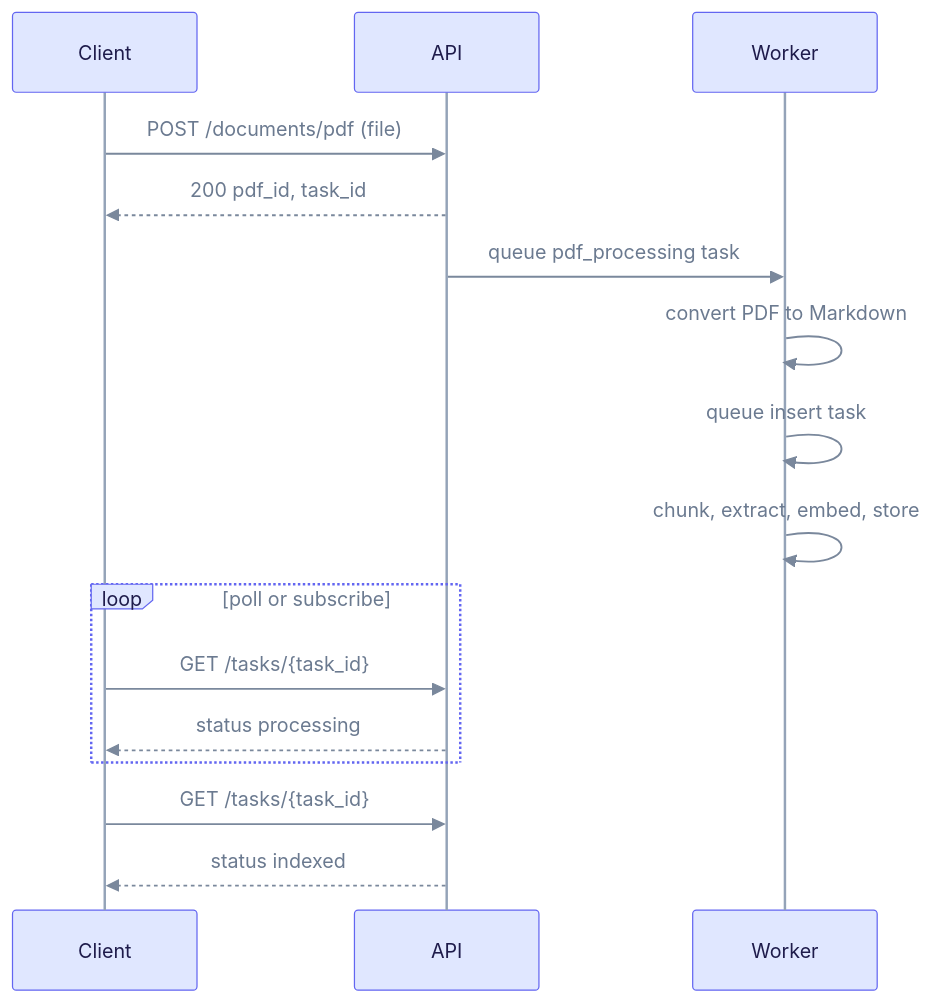
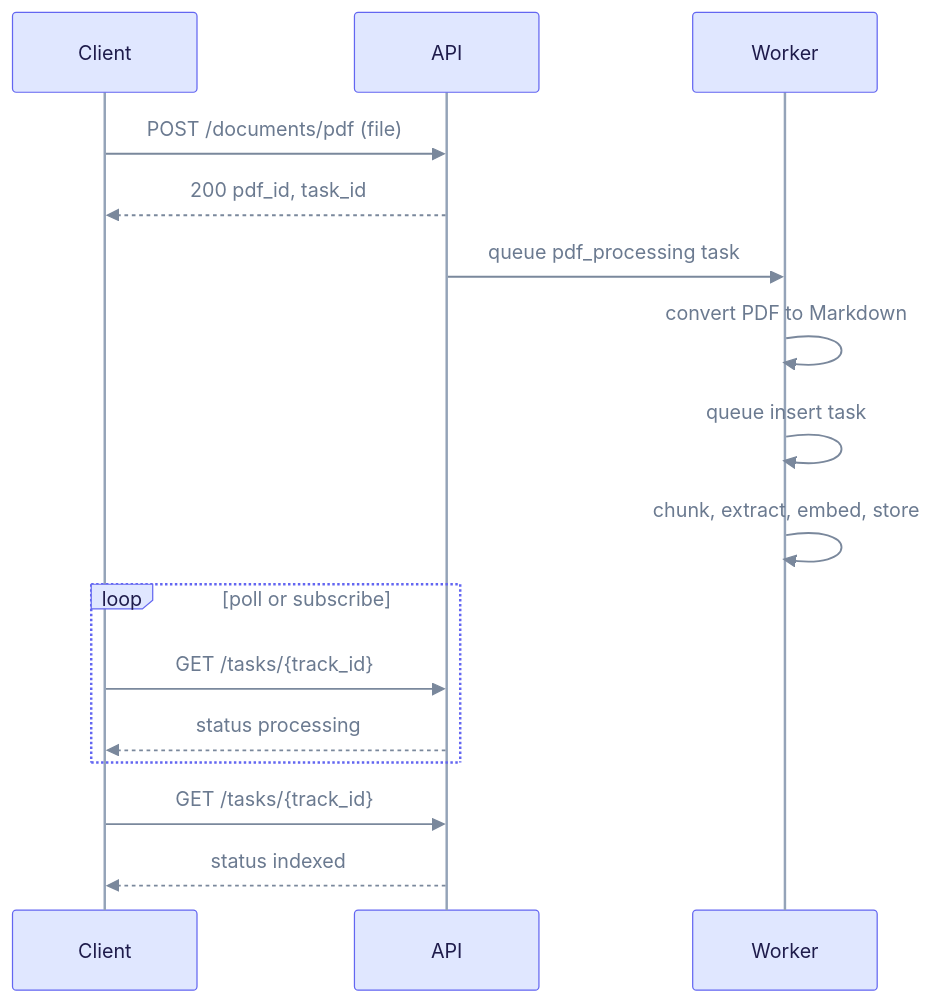
Before and after one commit to raphaelmansuy/edgequake: the second of 2 diagrams in docs/api-reference/document-upload-quick-reference.md, drawn with Mermaid. The commit also changed other lines of this file and 194 other files, not shown here.

First line of the commit message:
Refresh docs against code and rebuild schema E/R as progressive steps

````diff
--- a/docs/api-reference/document-upload-quick-reference.md
+++ b/docs/api-reference/document-upload-quick-reference.md
@@ -42,20 +44,20 @@
 ```mermaid
 %%{init: {"theme":"base","themeVariables":{"primaryColor":"#E0E7FF","primaryBorderColor":"#6366F1","primaryTextColor":"#1E1B4B","secondaryColor":"#D1FAE5","secondaryBorderColor":"#10B981","secondaryTextColor":"#064E3B","tertiaryColor":"#FEF3C7","tertiaryBorderColor":"#F59E0B","tertiaryTextColor":"#6B7A90","lineColor":"#7A889C","clusterBkg":"rgba(99,102,241,0.07)","clusterBorder":"#A5B4FC","noteBkgColor":"#FEF9C3","noteTextColor":"#422006","textColor":"#6B7A90","titleColor":"#6B7A90","signalColor":"#7A889C","signalTextColor":"#6B7A90","loopTextColor":"#6B7A90","edgeLabelBackground":"#F1F5F9","actorLineColor":"#94A3B8"}}}%%
 %% eq-theme:v1
 sequenceDiagram
     participant C as Client
     participant A as API
     participant W as Worker
     C->>A: POST /documents/pdf (file)
     A-->>C: 200 pdf_id, task_id
     A->>W: queue pdf_processing task
     W->>W: convert PDF to Markdown
     W->>W: queue insert task
     W->>W: chunk, extract, embed, store
     loop poll or subscribe
-        C->>A: GET /tasks/{task_id}
+        C->>A: GET /tasks/{track_id}
         A-->>C: status processing
     end
-    C->>A: GET /tasks/{task_id}
+    C->>A: GET /tasks/{track_id}
     A-->>C: status indexed
 ```
````
